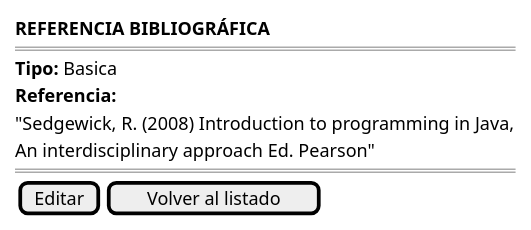
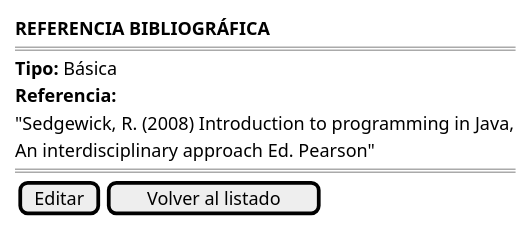
One commit to mmasias/pyCeldaPublico changed the diagram in RUP/01-requisitos/03-detalle-casos-uso/abrirReferenciaBibliografica/wireframes.puml. Above: the diagram before and after it, drawn with PlantUML. The commit also changed 16 other files, not shown here.

```diff
--- a/RUP/01-requisitos/03-detalle-casos-uso/abrirReferenciaBibliografica/wireframes.puml
+++ b/RUP/01-requisitos/03-detalle-casos-uso/abrirReferenciaBibliografica/wireframes.puml
@@ -1,12 +1,12 @@
 @startsalt abrirReferenciaBibliografica-wireframe
 {
     <b>REFERENCIA BIBLIOGRÁFICA</b>
     ====
-    <b>Tipo:</b> Basica
+    <b>Tipo:</b> Básica
     <b>Referencia:</b>
     "Sedgewick, R. (2008) Introduction to programming in Java,
     An interdisciplinary approach Ed. Pearson"
     ====
     {[Editar] | [Volver al listado]}
 }
 @endsalt
```
